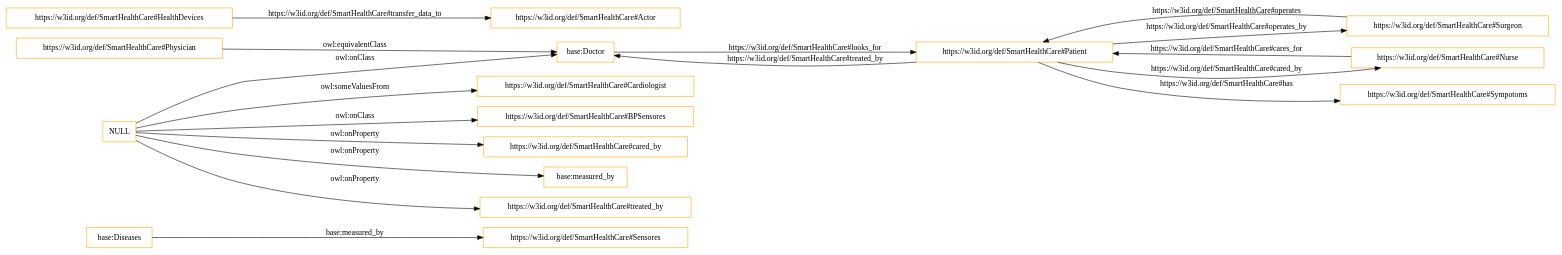
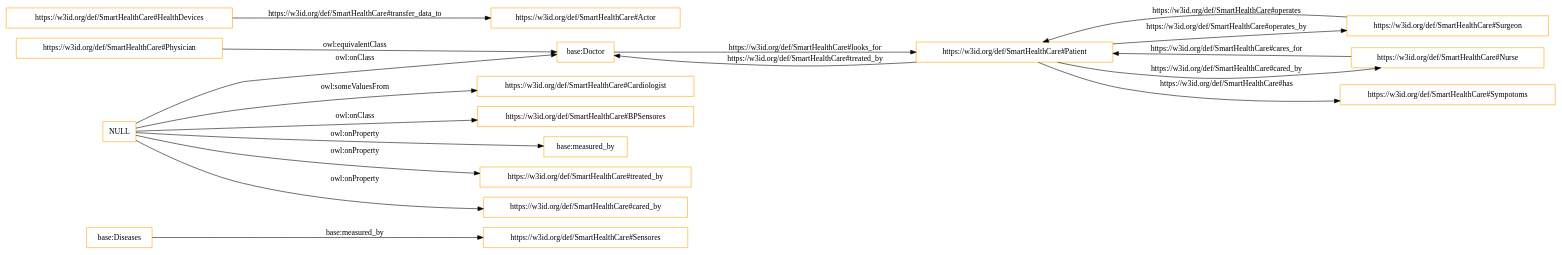
Before and after one commit to tiwari2019/myrepo: the diagram in OnToology/Healthcare.owl/diagrams/ar2dtool-class/Healthcare.owl.png.dot, drawn with Graphviz. The commit also changed other lines of this file and 3 other files, not shown here.

```diff
--- a/OnToology/Healthcare.owl/diagrams/ar2dtool-class/Healthcare.owl.png.dot
+++ b/OnToology/Healthcare.owl/diagrams/ar2dtool-class/Healthcare.owl.png.dot
@@ -1,22 +1,22 @@
 digraph ar2dtool_diagram { 
 rankdir=LR;
 size="1501"
 node [shape = rectangle, color="orange"]; "base:Diseases" "https://w3id.org/def/SmartHealthCare#Cardiologist" "https://w3id.org/def/SmartHealthCare#BPSensores" "https://w3id.org/def/SmartHealthCare#HealthDevices" "https://w3id.org/def/SmartHealthCare#Surgeon" "https://w3id.org/def/SmartHealthCare#Physician" "https://w3id.org/def/SmartHealthCare#Nurse" "base:Doctor" "https://w3id.org/def/SmartHealthCare#Sympotoms" "https://w3id.org/def/SmartHealthCare#Sensores" "https://w3id.org/def/SmartHealthCare#Actor" "https://w3id.org/def/SmartHealthCare#Patient" ; /*classes style*/
-	"NULL" -> "https://w3id.org/def/SmartHealthCare#BPSensores" [ label = "owl:onClass" ];
-	"NULL" -> "base:measured_by" [ label = "owl:onProperty" ];
 	"NULL" -> "https://w3id.org/def/SmartHealthCare#Cardiologist" [ label = "owl:someValuesFrom" ];
 	"NULL" -> "https://w3id.org/def/SmartHealthCare#treated_by" [ label = "owl:onProperty" ];
 	"NULL" -> "base:Doctor" [ label = "owl:onClass" ];
 	"NULL" -> "https://w3id.org/def/SmartHealthCare#cared_by" [ label = "owl:onProperty" ];
+	"NULL" -> "https://w3id.org/def/SmartHealthCare#BPSensores" [ label = "owl:onClass" ];
+	"NULL" -> "base:measured_by" [ label = "owl:onProperty" ];
 	"https://w3id.org/def/SmartHealthCare#Physician" -> "base:Doctor" [ label = "owl:equivalentClass" ];
 	"https://w3id.org/def/SmartHealthCare#HealthDevices" -> "https://w3id.org/def/SmartHealthCare#Actor" [ label = "https://w3id.org/def/SmartHealthCare#transfer_data_to" ];
 	"base:Doctor" -> "https://w3id.org/def/SmartHealthCare#Patient" [ label = "https://w3id.org/def/SmartHealthCare#looks_for" ];
 	"https://w3id.org/def/SmartHealthCare#Patient" -> "base:Doctor" [ label = "https://w3id.org/def/SmartHealthCare#treated_by" ];
 	"base:Diseases" -> "https://w3id.org/def/SmartHealthCare#Sensores" [ label = "base:measured_by" ];
 	"https://w3id.org/def/SmartHealthCare#Patient" -> "https://w3id.org/def/SmartHealthCare#Surgeon" [ label = "https://w3id.org/def/SmartHealthCare#operates_by" ];
 	"https://w3id.org/def/SmartHealthCare#Patient" -> "https://w3id.org/def/SmartHealthCare#Sympotoms" [ label = "https://w3id.org/def/SmartHealthCare#has" ];
 	"https://w3id.org/def/SmartHealthCare#Patient" -> "https://w3id.org/def/SmartHealthCare#Nurse" [ label = "https://w3id.org/def/SmartHealthCare#cared_by" ];
 	"https://w3id.org/def/SmartHealthCare#Surgeon" -> "https://w3id.org/def/SmartHealthCare#Patient" [ label = "https://w3id.org/def/SmartHealthCare#operates" ];
 	"https://w3id.org/def/SmartHealthCare#Nurse" -> "https://w3id.org/def/SmartHealthCare#Patient" [ label = "https://w3id.org/def/SmartHealthCare#cares_for" ];
 
 }
```
